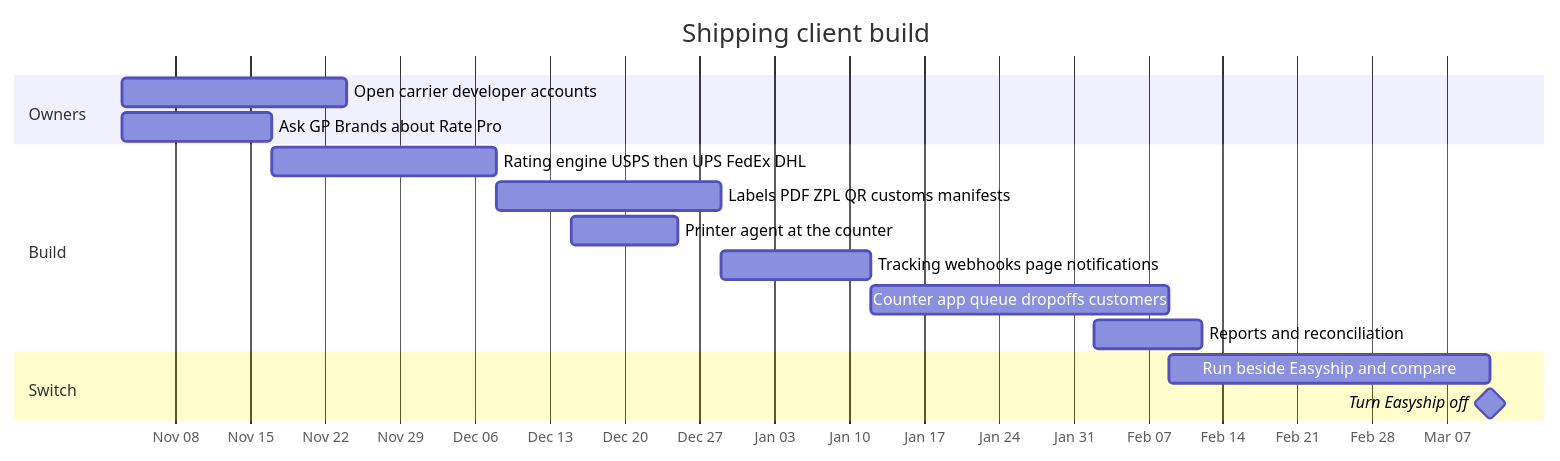
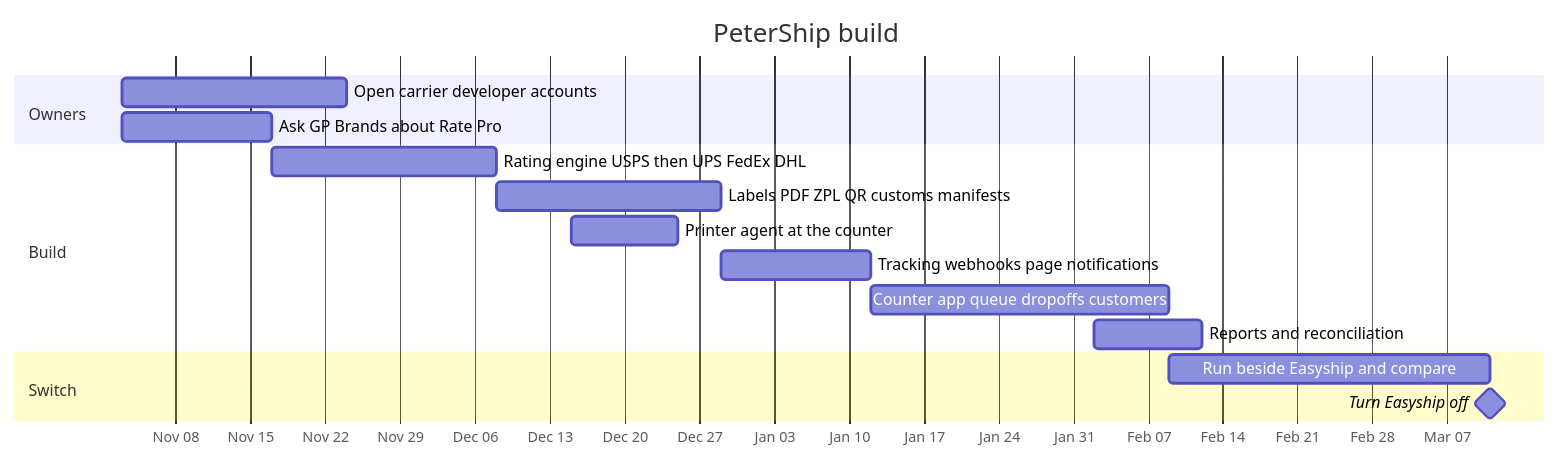
One commit to wbp318/goin-postal-forsythe changed the fifth of 5 diagrams in shipping-client/README.md. Above: the diagram before and after it, drawn with Mermaid. The commit also changed other lines of this file and 8 other files, not shown here.

Commit message:
Name the shipping client PeterShip

````diff
--- a/shipping-client/README.md
+++ b/shipping-client/README.md
@@ -237,19 +237,19 @@
 ```mermaid
 gantt
-  title Shipping client build
+  title PeterShip build
   dateFormat YYYY-MM-DD
   axisFormat %b %d
   section Owners
     Open carrier developer accounts        :a1, 2026-11-03, 21d
     Ask GP Brands about Rate Pro           :a2, 2026-11-03, 14d
   section Build
     Rating engine USPS then UPS FedEx DHL  :b1, 2026-11-17, 21d
     Labels PDF ZPL QR customs manifests    :b2, 2026-12-08, 21d
     Printer agent at the counter           :b3, 2026-12-15, 10d
     Tracking webhooks page notifications   :b4, 2026-12-29, 14d
     Counter app queue dropoffs customers   :b5, 2027-01-12, 28d
     Reports and reconciliation             :b6, 2027-02-02, 10d
   section Switch
     Run beside Easyship and compare        :c1, 2027-02-09, 30d
     Turn Easyship off                      :milestone, 2027-03-11, 0d
 ```
````
